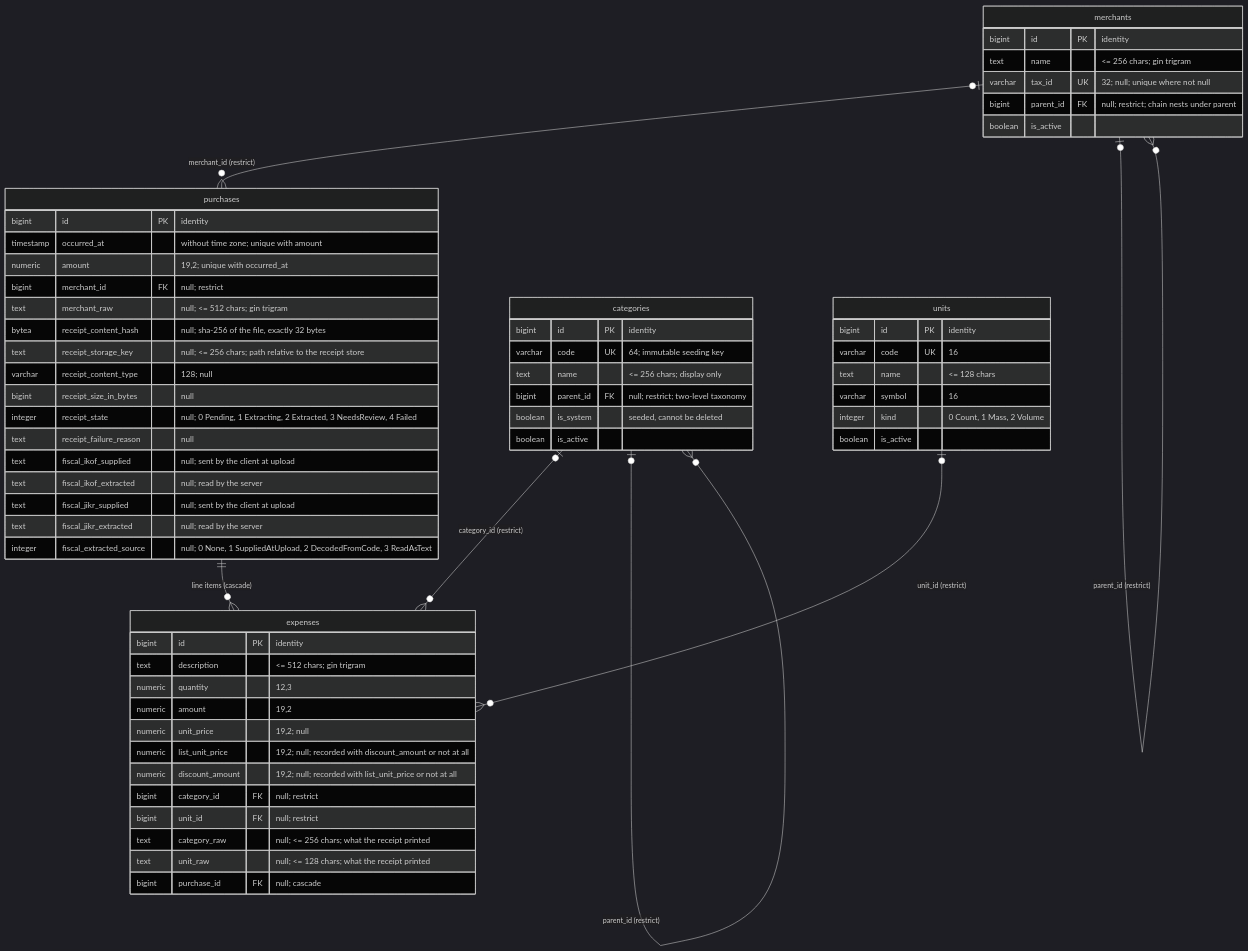
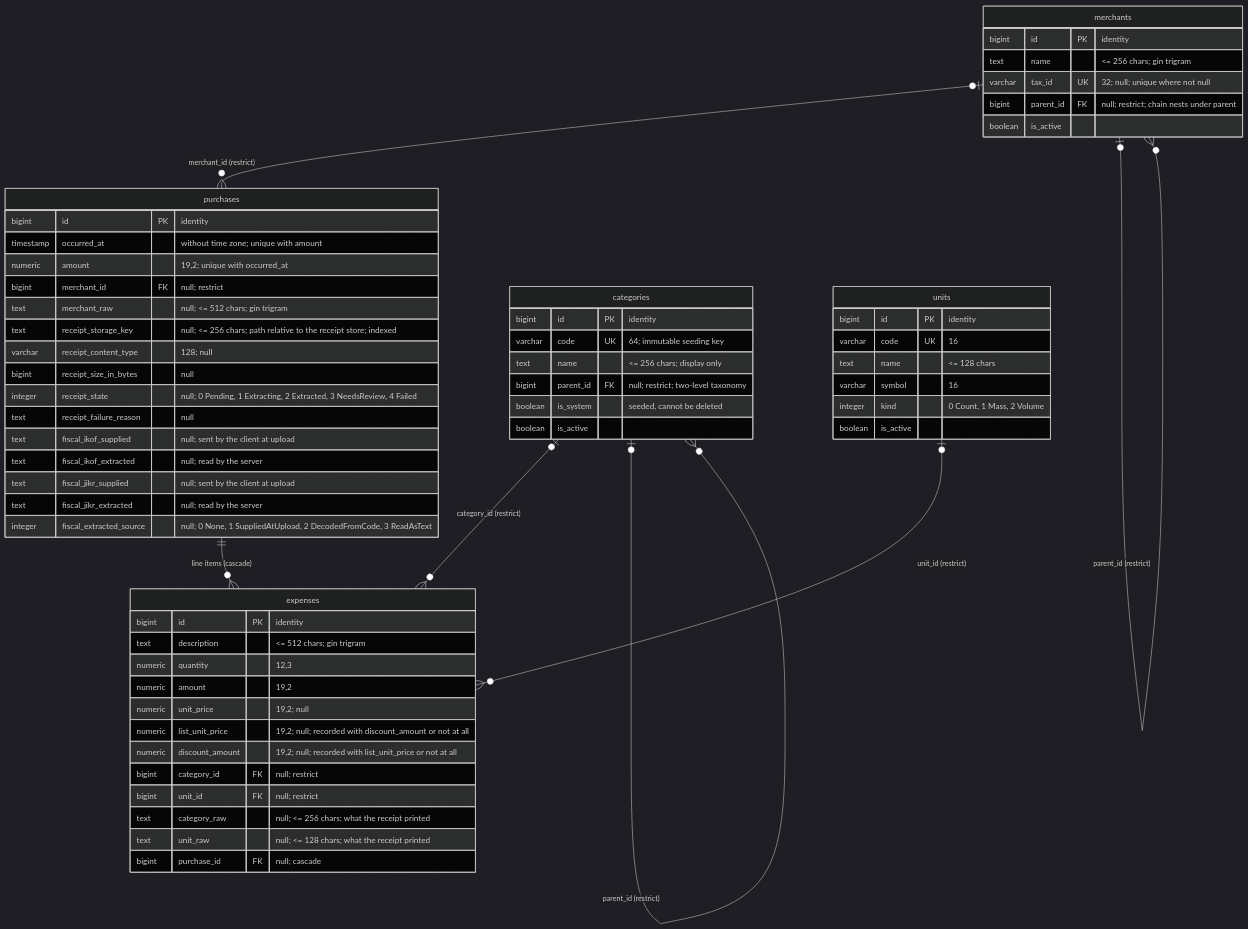
The diagram in BE/db/schema.md (azhukov/expenses), drawn with Mermaid (dark theme) before and after one commit. The commit also changed other lines of this file and 105 other files, not shown here.

````diff
--- a/BE/db/schema.md
+++ b/BE/db/schema.md
@@ -33,69 +33,68 @@
 ```mermaid
 erDiagram
     purchases ||--o{ expenses : "line items (cascade)"
     merchants |o--o{ purchases : "merchant_id (restrict)"
     categories |o--o{ expenses : "category_id (restrict)"
     units |o--o{ expenses : "unit_id (restrict)"
     categories |o--o{ categories : "parent_id (restrict)"
     merchants |o--o{ merchants : "parent_id (restrict)"
 
     purchases {
         bigint id PK "identity"
         timestamp occurred_at "without time zone; unique with amount"
         numeric amount "19,2; unique with occurred_at"
         bigint merchant_id FK "null; restrict"
         text merchant_raw "null; <= 512 chars; gin trigram"
-        bytea receipt_content_hash "null; sha-256 of the file, exactly 32 bytes"
-        text receipt_storage_key "null; <= 256 chars; path relative to the receipt store"
+        text receipt_storage_key "null; <= 256 chars; path relative to the receipt store; indexed"
         varchar receipt_content_type "128; null"
         bigint receipt_size_in_bytes "null"
         integer receipt_state "null; 0 Pending, 1 Extracting, 2 Extracted, 3 NeedsReview, 4 Failed"
         text receipt_failure_reason "null"
         text fiscal_ikof_supplied "null; sent by the client at upload"
         text fiscal_ikof_extracted "null; read by the server"
         text fiscal_jikr_supplied "null; sent by the client at upload"
         text fiscal_jikr_extracted "null; read by the server"
         integer fiscal_extracted_source "null; 0 None, 1 SuppliedAtUpload, 2 DecodedFromCode, 3 ReadAsText"
     }
 
     expenses {
         bigint id PK "identity"
         text description "<= 512 chars; gin trigram"
         numeric quantity "12,3"
         numeric amount "19,2"
         numeric unit_price "19,2; null"
         numeric list_unit_price "19,2; null; recorded with discount_amount or not at all"
         numeric discount_amount "19,2; null; recorded with list_unit_price or not at all"
         bigint category_id FK "null; restrict"
         bigint unit_id FK "null; restrict"
         text category_raw "null; <= 256 chars; what the receipt printed"
         text unit_raw "null; <= 128 chars; what the receipt printed"
         bigint purchase_id FK "null; cascade"
     }
 
     categories {
         bigint id PK "identity"
         varchar code UK "64; immutable seeding key"
         text name "<= 256 chars; display only"
         bigint parent_id FK "null; restrict; two-level taxonomy"
         boolean is_system "seeded, cannot be deleted"
         boolean is_active
     }
 
     units {
         bigint id PK "identity"
         varchar code UK "16"
         text name "<= 128 chars"
         varchar symbol "16"
         integer kind "0 Count, 1 Mass, 2 Volume"
         boolean is_active
     }
 
     merchants {
         bigint id PK "identity"
         text name "<= 256 chars; gin trigram"
         varchar tax_id UK "32; null; unique where not null"
         bigint parent_id FK "null; restrict; chain nests under parent"
         boolean is_active
     }
 ```
````
